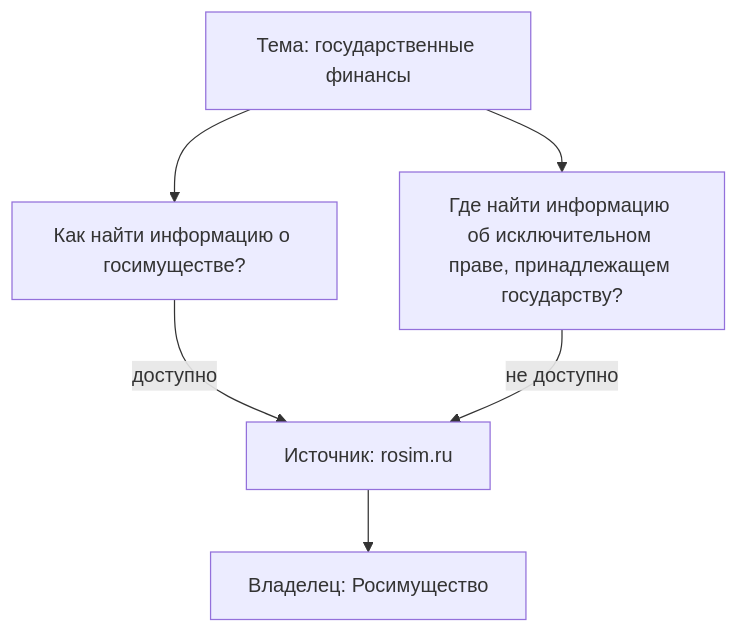
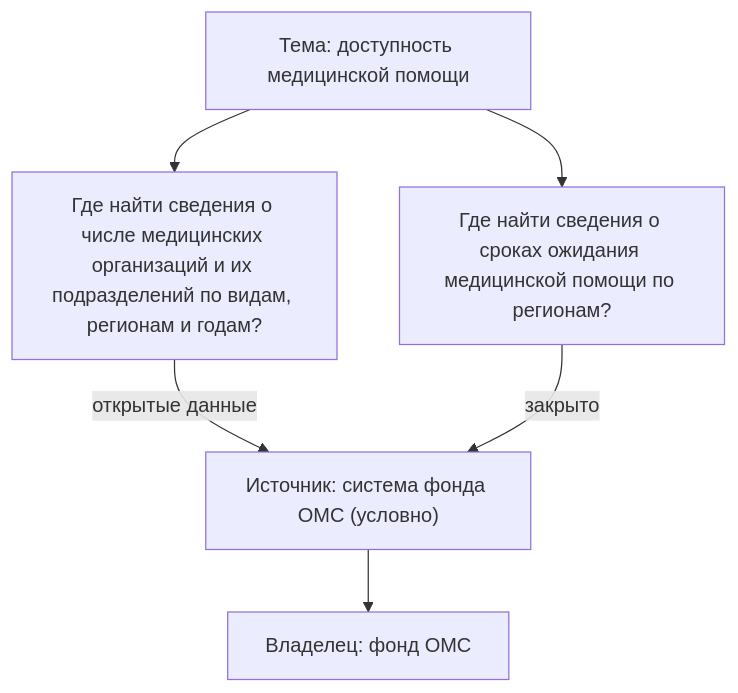
The diagram in docs/02-approaches/04-data-maps.md (ivbeg/data-inventory), drawn with Mermaid before and after one commit. The commit also changed other lines of this file and 88 other files, not shown here.

````diff
--- a/docs/02-approaches/04-data-maps.md
+++ b/docs/02-approaches/04-data-maps.md
@@ -41,8 +43,8 @@
 ```mermaid
 flowchart TB
-  T["Тема: государственные финансы"] --> Q1["Как найти информацию о госимуществе?"]
-  T --> Q2["Где найти информацию об исключительном праве, принадлежащем государству?"]
-  Q1 -- "доступно" --> S["Источник: rosim.ru"]
-  Q2 -- "не доступно" --> S
-  S --> O["Владелец: Росимущество"]
+  T["Тема: доступность медицинской помощи"] --> Q1["Где найти сведения о числе медицинских организаций и их подразделений по видам, регионам и годам?"]
+  T --> Q2["Где найти сведения о сроках ожидания медицинской помощи по регионам?"]
+  Q1 -- "открытые данные" --> S["Источник: система фонда ОМС (условно)"]
+  Q2 -- "закрыто" --> S
+  S --> O["Владелец: фонд ОМС"]
 ```
````
